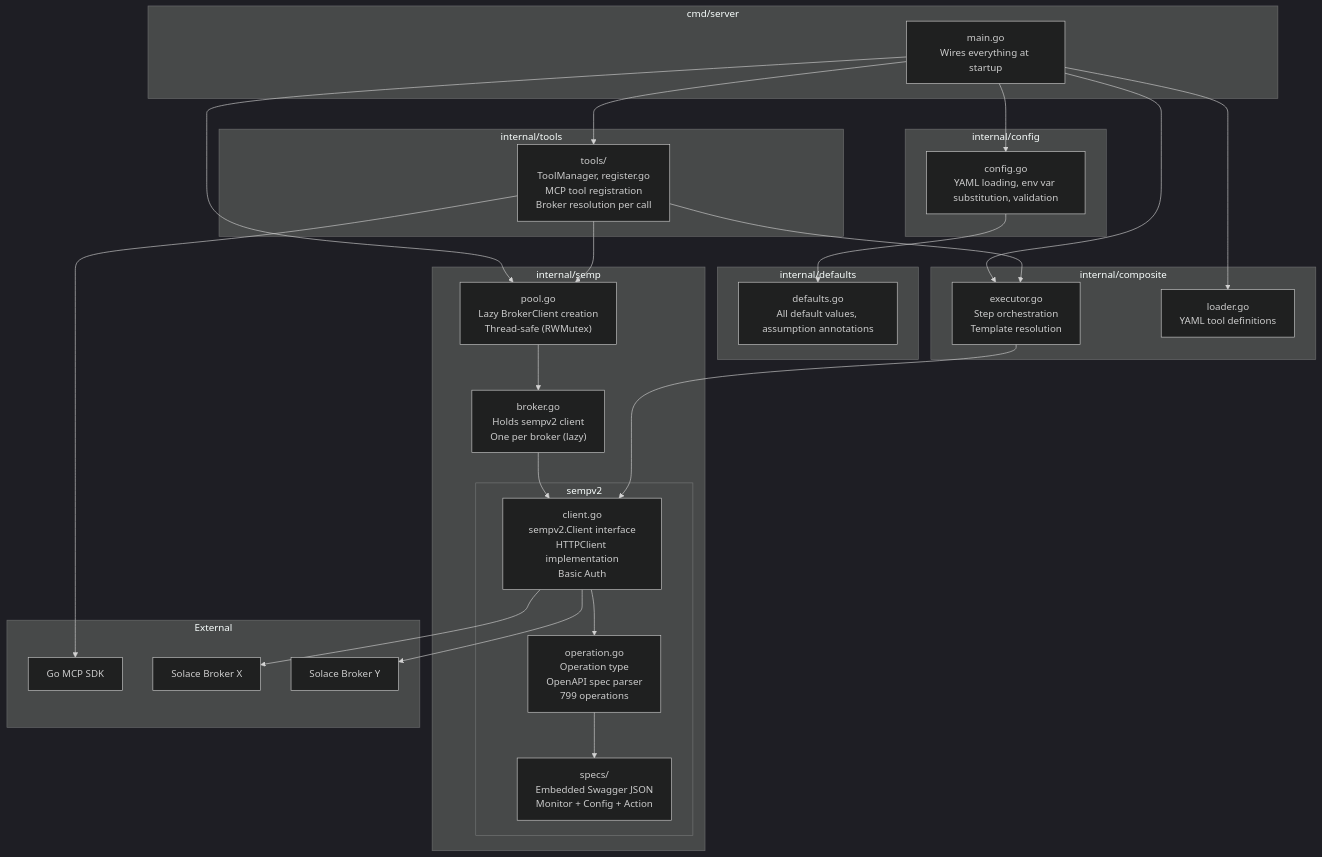
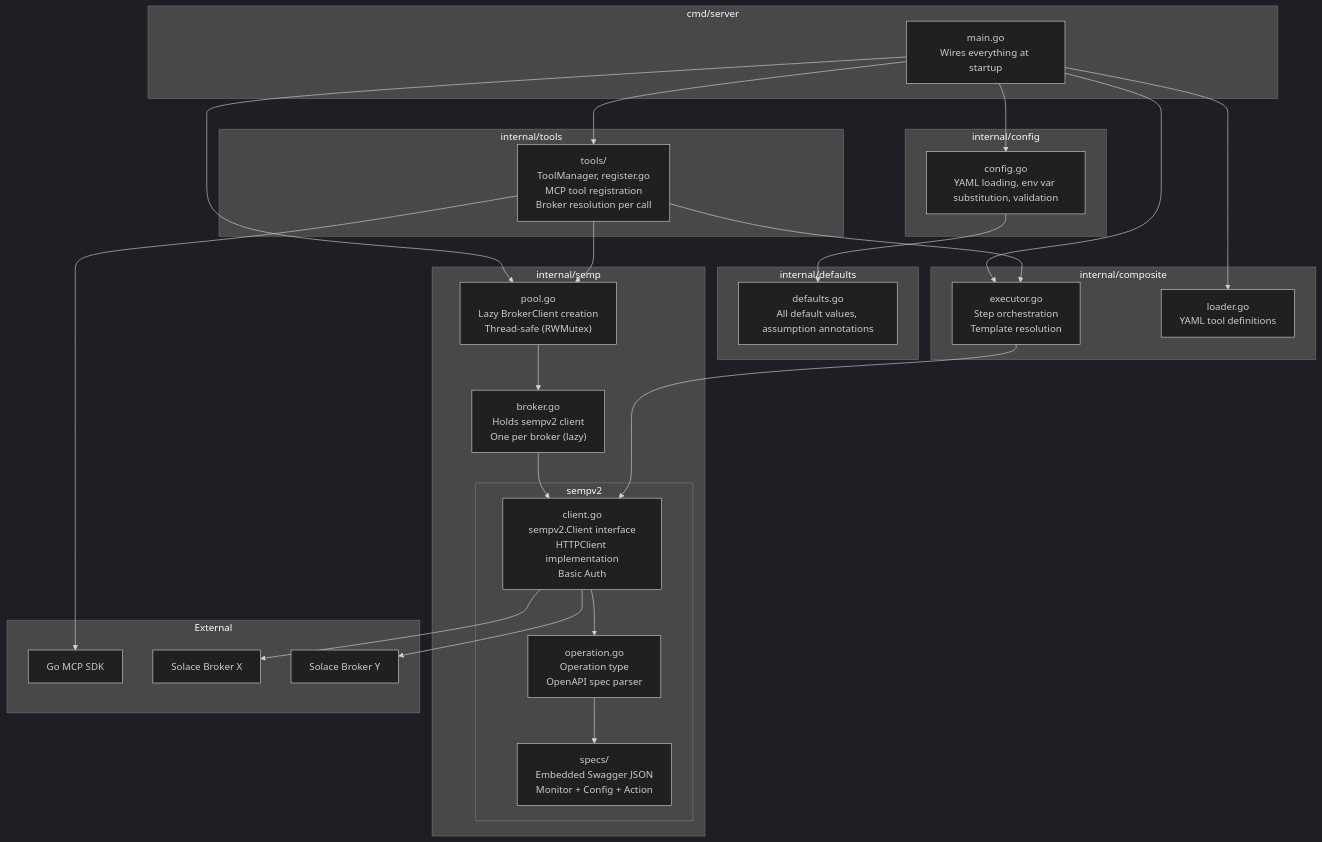
Before and after one commit to SolaceProducts/solace-broker-mcp: the first of 4 diagrams in docs/internal/architecture.md, drawn with Mermaid (dark theme). The commit also changed other lines of this file and 1 other file, not shown here.

First line of the commit message:
docs: freshen agent context in CLAUDE.md, fix architecture.md drift

````diff
--- a/docs/internal/architecture.md
+++ b/docs/internal/architecture.md
@@ -55,58 +37,58 @@
 ```mermaid
 graph TB
     subgraph "cmd/server"
         MAIN["main.go<br/>Wires everything at startup"]
     end
 
     subgraph "internal/config"
         CONFIG["config.go<br/>YAML loading, env var substitution, validation"]
     end
 
     subgraph "internal/defaults"
         DEFAULTS["defaults.go<br/>All default values, assumption annotations"]
     end
 
     subgraph "internal/semp"
         POOL["pool.go<br/>Lazy BrokerClient creation<br/>Thread-safe (RWMutex)"]
         BROKER["broker.go<br/>Holds sempv2 client<br/>One per broker (lazy)"]
 
         subgraph "sempv2"
             CLIENT["client.go<br/>sempv2.Client interface<br/>HTTPClient implementation<br/>Basic Auth"]
-            OPERATION["operation.go<br/>Operation type<br/>OpenAPI spec parser<br/>799 operations"]
+            OPERATION["operation.go<br/>Operation type<br/>OpenAPI spec parser"]
             SPECS["specs/<br/>Embedded Swagger JSON<br/>Monitor + Config + Action"]
         end
     end
 
     subgraph "internal/composite"
         EXECUTOR["executor.go<br/>Step orchestration<br/>Template resolution"]
         LOADER["loader.go<br/>YAML tool definitions"]
     end
 
     subgraph "internal/tools"
         REGISTRY["tools/<br/>ToolManager, register.go<br/>MCP tool registration<br/>Broker resolution per call"]
     end
 
     subgraph "External"
         MCP_SDK["Go MCP SDK"]
         BROKER_X["Solace Broker X"]
         BROKER_Y["Solace Broker Y"]
     end
 
     MAIN --> CONFIG
     MAIN --> POOL
     MAIN --> LOADER
     MAIN --> EXECUTOR
     MAIN --> REGISTRY
     CONFIG --> DEFAULTS
     POOL --> BROKER
     BROKER --> CLIENT
     CLIENT --> OPERATION
     OPERATION --> SPECS
     REGISTRY --> MCP_SDK
     REGISTRY --> POOL
     REGISTRY --> EXECUTOR
     EXECUTOR --> CLIENT
     CLIENT --> BROKER_X
     CLIENT --> BROKER_Y
 
 ```
````
